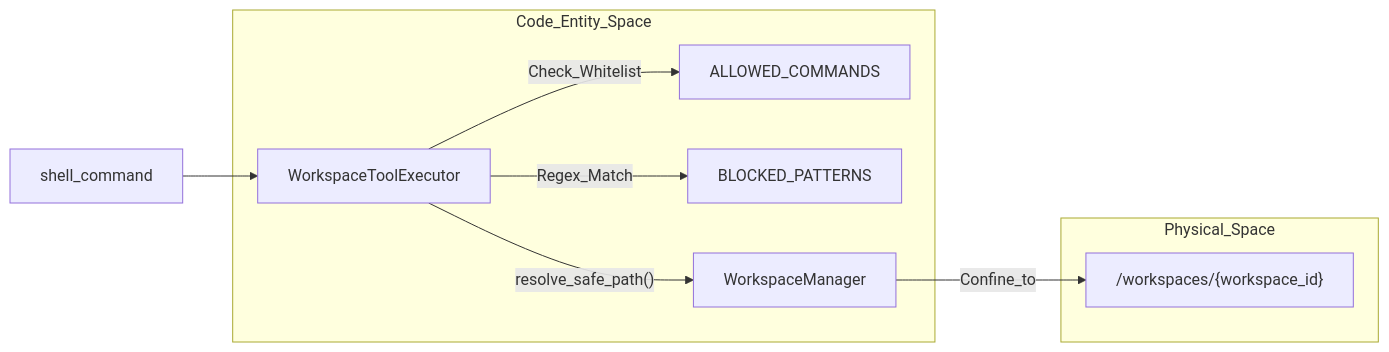
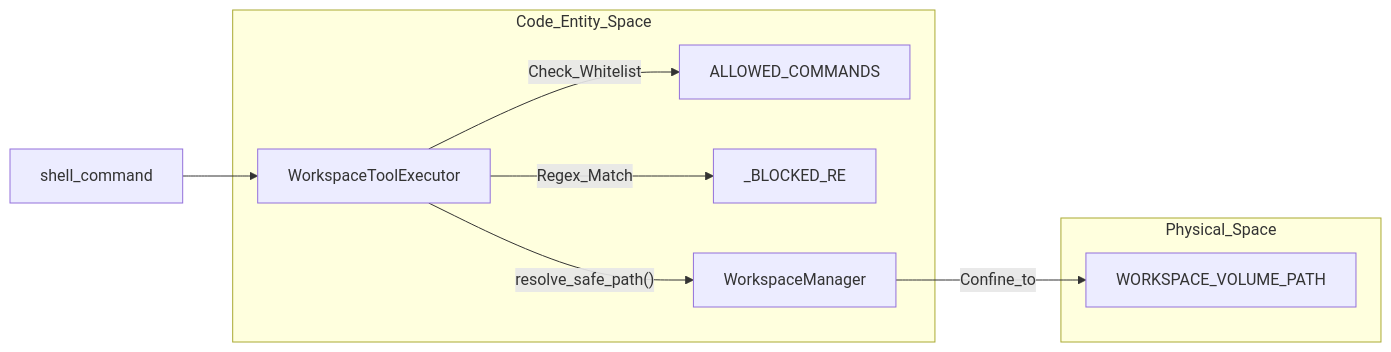
The second of 2 diagrams in docs/workspace-execution/_index.md (AutomatosAI/automatos-ai), drawn with Mermaid before and after one commit. The commit also changed other lines of this file and 153 other files, not shown here.

````diff
--- a/docs/workspace-execution/_index.md
+++ b/docs/workspace-execution/_index.md
@@ -98,19 +114,19 @@
 ```mermaid
 graph LR
     subgraph "Code_Entity_Space"
         A["WorkspaceToolExecutor"]
         B["ALLOWED_COMMANDS"]
-        C["BLOCKED_PATTERNS"]
+        C["_BLOCKED_RE"]
         D["WorkspaceManager"]
     end
 
     subgraph "Physical_Space"
-        E["/workspaces/{workspace_id}"]
+        E["WORKSPACE_VOLUME_PATH"]
     end
 
     UserRequest["shell_command"] --> A
     A -- "Check_Whitelist" --> B
     A -- "Regex_Match" --> C
     A -- "resolve_safe_path()" --> D
     D -- "Confine_to" --> E
 ```
````
